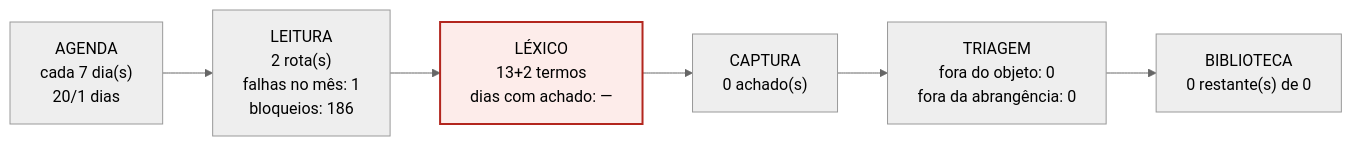
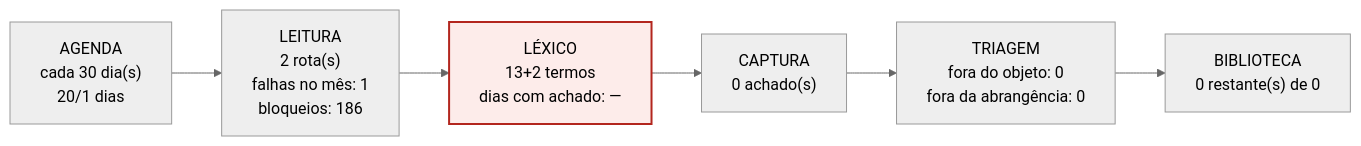
Before and after one commit to amcjardimamerica-arch/Eldorado: diagram 22 of 30 in biblioteca_alexandria/pareceres/RELATORIO-MOTORES-INDIVIDUAL-2026-09-24.md, drawn with Mermaid (neutral theme). The commit also changed other lines of this file and 10 other files, not shown here.

````diff
--- a/biblioteca_alexandria/pareceres/RELATORIO-MOTORES-INDIVIDUAL-2026-09-24.md
+++ b/biblioteca_alexandria/pareceres/RELATORIO-MOTORES-INDIVIDUAL-2026-09-24.md
@@ -833,11 +833,11 @@
 ```mermaid
 flowchart LR
-  A["AGENDA<br/>cada 7 dia(s)<br/>20/1 dias"]
+  A["AGENDA<br/>cada 30 dia(s)<br/>20/1 dias"]
   L["LEITURA<br/>2 rota(s)<br/>falhas no mês: 1<br/>bloqueios: 186"]
   X["LÉXICO<br/>13+2 termos<br/>dias com achado: —"]
   C["CAPTURA<br/>0 achado(s)"]
   T["TRIAGEM<br/>fora do objeto: 0<br/>fora da abrangência: 0"]
   B["BIBLIOTECA<br/>0 restante(s) de 0"]
   A --> L --> X --> C --> T --> B
   style X fill:#FDECEA,stroke:#B3261E,stroke-width:2px
 ```
````
